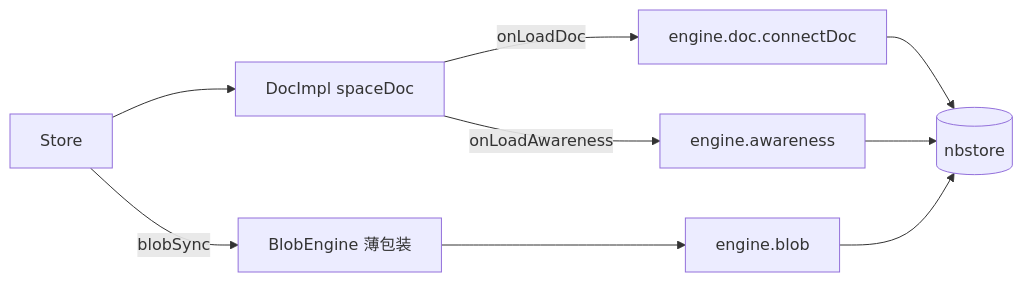
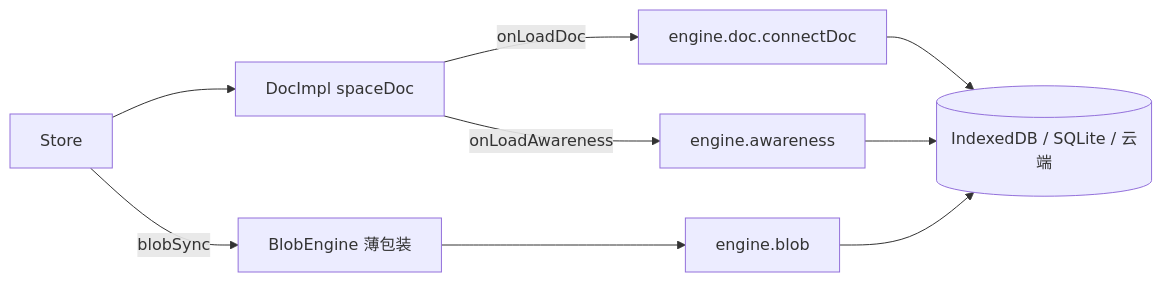
Before and after one commit to lfire/AFFiNE: the seventh of 7 diagrams in learning-guide/slides/decks/12.md, drawn with Mermaid. The commit also changed other lines of this file and 46 other files, not shown here.

````diff
--- a/learning-guide/slides/decks/12.md
+++ b/learning-guide/slides/decks/12.md
@@ -474,11 +538,11 @@
 ```mermaid
 flowchart LR
-  S[Store] --> D[DocImpl spaceDoc]
-  S -- blobSync --> BE[BlobEngine 薄包装]
-  D -- onLoadDoc --> H1["engine.doc.connectDoc"]
-  D -- onLoadAwareness --> H2["engine.awareness"]
+  S["Store"] --> D["DocImpl spaceDoc"]
+  S -->|blobSync| BE["BlobEngine 薄包装"]
+  D -->|onLoadDoc| H1["engine.doc.connectDoc"]
+  D -->|onLoadAwareness| H2["engine.awareness"]
   BE --> H3["engine.blob"]
-  H1 --> N[(nbstore)]
+  H1 --> N[("IndexedDB / SQLite / 云端")]
   H2 --> N
   H3 --> N
 ```
````
